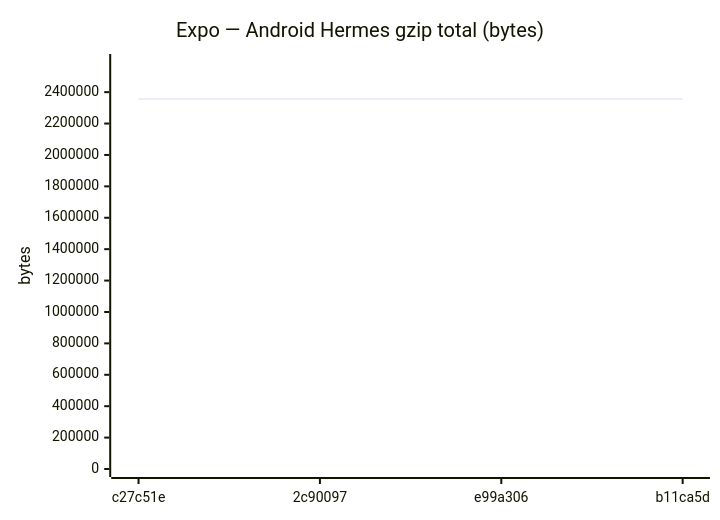
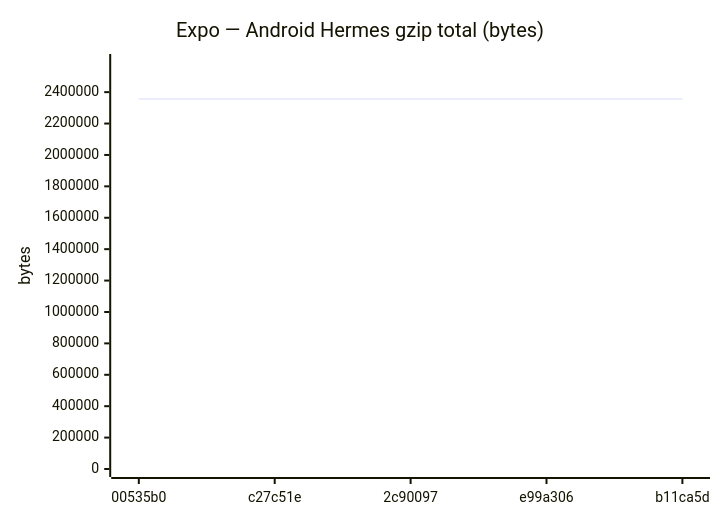
Before and after one commit to Metaheurist/Rianell: the seventh of 24 diagrams in benchmarks/compare.md, drawn with Mermaid. The commit also changed other lines of this file and 12 other files, not shown here.

````diff
--- a/benchmarks/compare.md
+++ b/benchmarks/compare.md
@@ -92,7 +96,7 @@
 ```mermaid
 xychart-beta
     title "Expo — Android Hermes gzip total (bytes)"
-    x-axis ["c27c51e", "2c90097", "e99a306", "b11ca5d"]
+    x-axis ["00535b0", "c27c51e", "2c90097", "e99a306", "b11ca5d"]
     y-axis "bytes" 0 --> 2591935
-    line [2356304, 2356302, 2356302, 2356299]
+    line [2356301, 2356304, 2356302, 2356302, 2356299]
 ```
````
